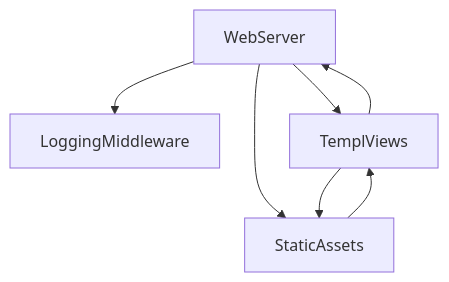
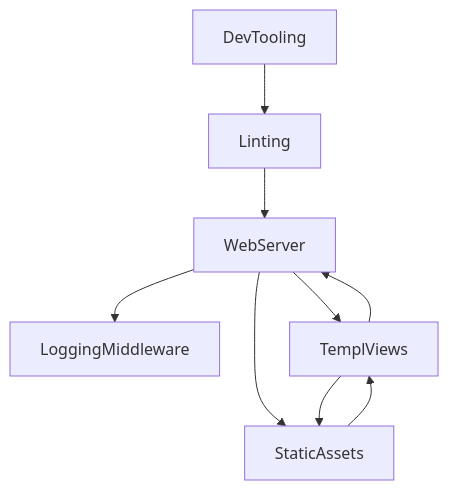
One commit to ozkansen/ozkansen.com changed the second of 3 diagrams in docs/wiki/Index.md. Above: the diagram before and after it, drawn with Mermaid. The commit also changed other lines of this file and 3 other files, not shown here.

````diff
--- a/docs/wiki/Index.md
+++ b/docs/wiki/Index.md
@@ -47,9 +52,11 @@
 ```mermaid
 graph TD
     WebServer --> LoggingMiddleware
     WebServer --> TemplViews
     WebServer --> StaticAssets
     TemplViews --> StaticAssets
     TemplViews --> WebServer
     StaticAssets --> TemplViews
+    DevTooling --> Linting
+    Linting --> WebServer
 ```
````
